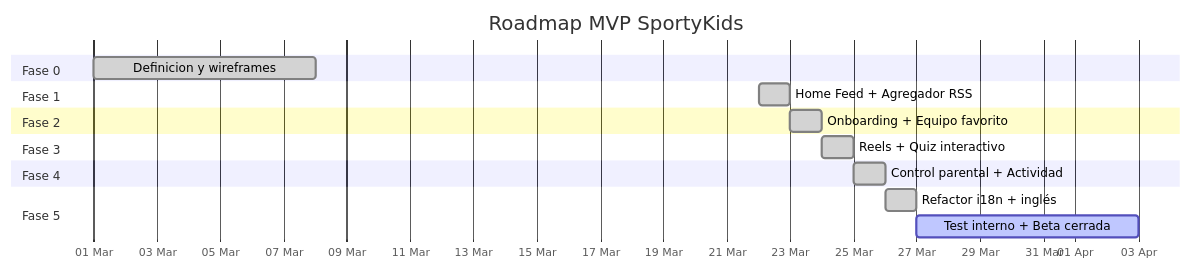
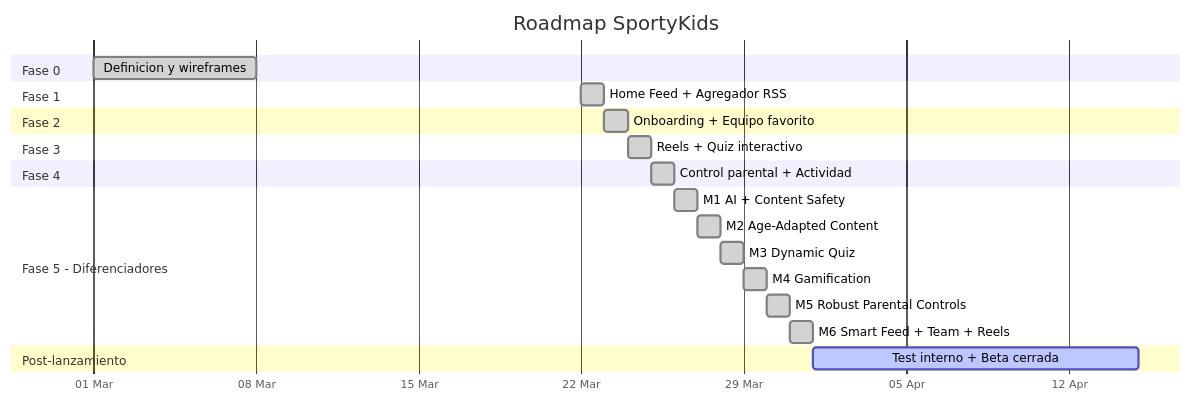
The diagram in docs/es/10-roadmap-y-decisiones.md (durdy48/SportyKids), drawn with Mermaid before and after one commit. The commit also changed other lines of this file and 22 other files, not shown here.

````diff
--- a/docs/es/10-roadmap-y-decisiones.md
+++ b/docs/es/10-roadmap-y-decisiones.md
@@ -5,25 +5,32 @@
 ```mermaid
 gantt
-    title Roadmap MVP SportyKids
+    title Roadmap SportyKids
     dateFormat YYYY-MM-DD
     axisFormat %d %b
 
     section Fase 0
     Definicion y wireframes       :done, f0, 2026-03-01, 7d
 
     section Fase 1
     Home Feed + Agregador RSS     :done, f1, 2026-03-22, 1d
 
     section Fase 2
     Onboarding + Equipo favorito  :done, f2, after f1, 1d
 
     section Fase 3
     Reels + Quiz interactivo      :done, f3, after f2, 1d
 
     section Fase 4
     Control parental + Actividad  :done, f4, after f3, 1d
 
-    section Fase 5
-    Refactor i18n + inglés        :done, f5a, after f4, 1d
-    Test interno + Beta cerrada   :active, f5, after f5a, 7d
+    section Fase 5 - Diferenciadores
+    M1 AI + Content Safety        :done, m1, after f4, 1d
+    M2 Age-Adapted Content        :done, m2, after m1, 1d
+    M3 Dynamic Quiz               :done, m3, after m2, 1d
+    M4 Gamification               :done, m4, after m3, 1d
+    M5 Robust Parental Controls   :done, m5, after m4, 1d
+    M6 Smart Feed + Team + Reels  :done, m6, after m5, 1d
+
+    section Post-lanzamiento
+    Test interno + Beta cerrada   :active, beta, after m6, 14d
 ```
````
